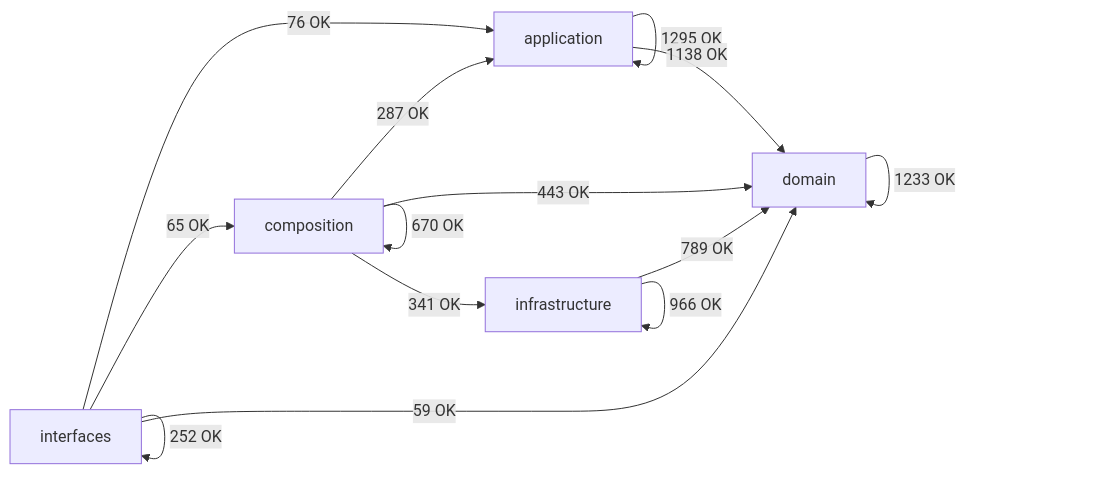
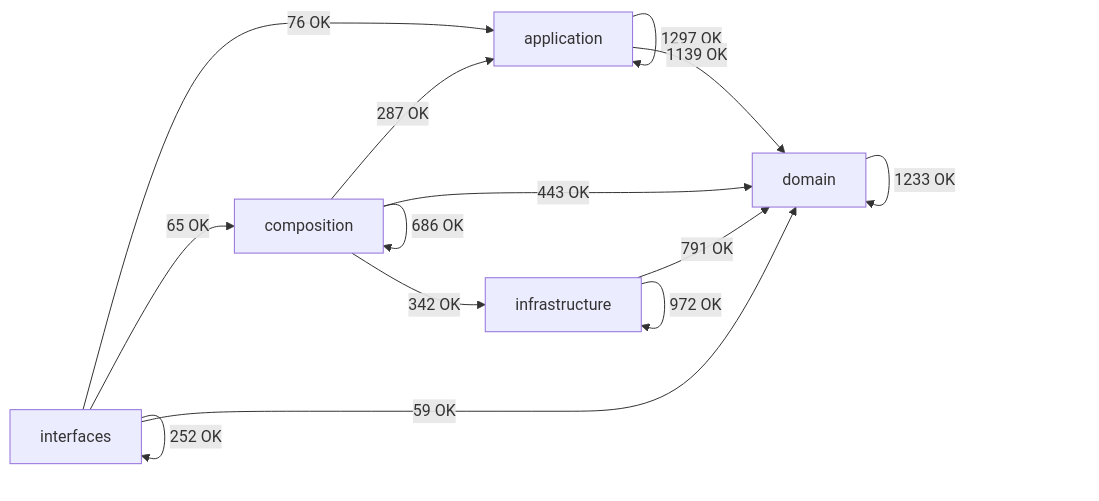
One commit to SatoryKono/BioactivityDataAcquisition changed the diagram in docs/02-architecture/generated/module-dependency-map.md. Above: the diagram before and after it, drawn with Mermaid. The commit also changed other lines of this file and 12 other files, not shown here.

````diff
--- a/docs/02-architecture/generated/module-dependency-map.md
+++ b/docs/02-architecture/generated/module-dependency-map.md
@@ -17,21 +17,21 @@
 ```mermaid
 flowchart LR
     domain[domain]
     application[application]
     infrastructure[infrastructure]
     composition[composition]
     interfaces[interfaces]
-    application -->|1295 OK| application
-    application -->|1138 OK| domain
+    application -->|1297 OK| application
+    application -->|1139 OK| domain
     composition -->|287 OK| application
-    composition -->|670 OK| composition
+    composition -->|686 OK| composition
     composition -->|443 OK| domain
-    composition -->|341 OK| infrastructure
+    composition -->|342 OK| infrastructure
     domain -->|1233 OK| domain
-    infrastructure -->|789 OK| domain
-    infrastructure -->|966 OK| infrastructure
+    infrastructure -->|791 OK| domain
+    infrastructure -->|972 OK| infrastructure
     interfaces -->|76 OK| application
     interfaces -->|65 OK| composition
     interfaces -->|59 OK| domain
     interfaces -->|252 OK| interfaces
 ```
````
